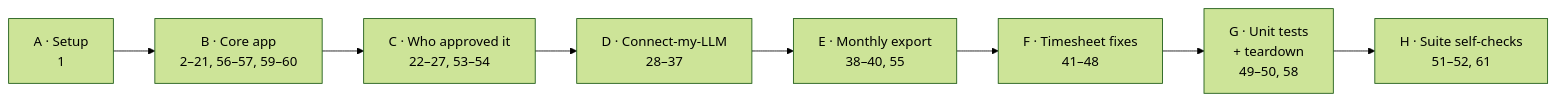
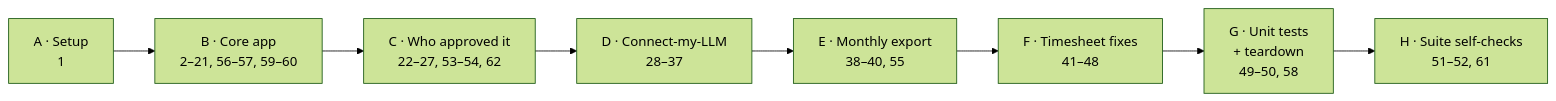
The third of 3 diagrams in README.md (JoshNorris-Titan/titan-time-e2e), drawn with Mermaid (forest theme) before and after one commit. The commit also changed other lines of this file and 1 other file, not shown here.

````diff
--- a/README.md
+++ b/README.md
@@ -128,6 +128,6 @@
 ```mermaid
 flowchart LR
-  A["A · Setup<br/>1"] --> B["B · Core app<br/>2–21, 56–57, 59–60"] --> C["C · Who approved it<br/>22–27, 53–54"] --> D["D · Connect-my-LLM<br/>28–37"]
+  A["A · Setup<br/>1"] --> B["B · Core app<br/>2–21, 56–57, 59–60"] --> C["C · Who approved it<br/>22–27, 53–54, 62"] --> D["D · Connect-my-LLM<br/>28–37"]
   D --> E["E · Monthly export<br/>38–40, 55"] --> F["F · Timesheet fixes<br/>41–48"] --> G["G · Unit tests<br/>+ teardown<br/>49–50, 58"]
   G --> H["H · Suite self-checks<br/>51–52, 61"]
 ```
````
